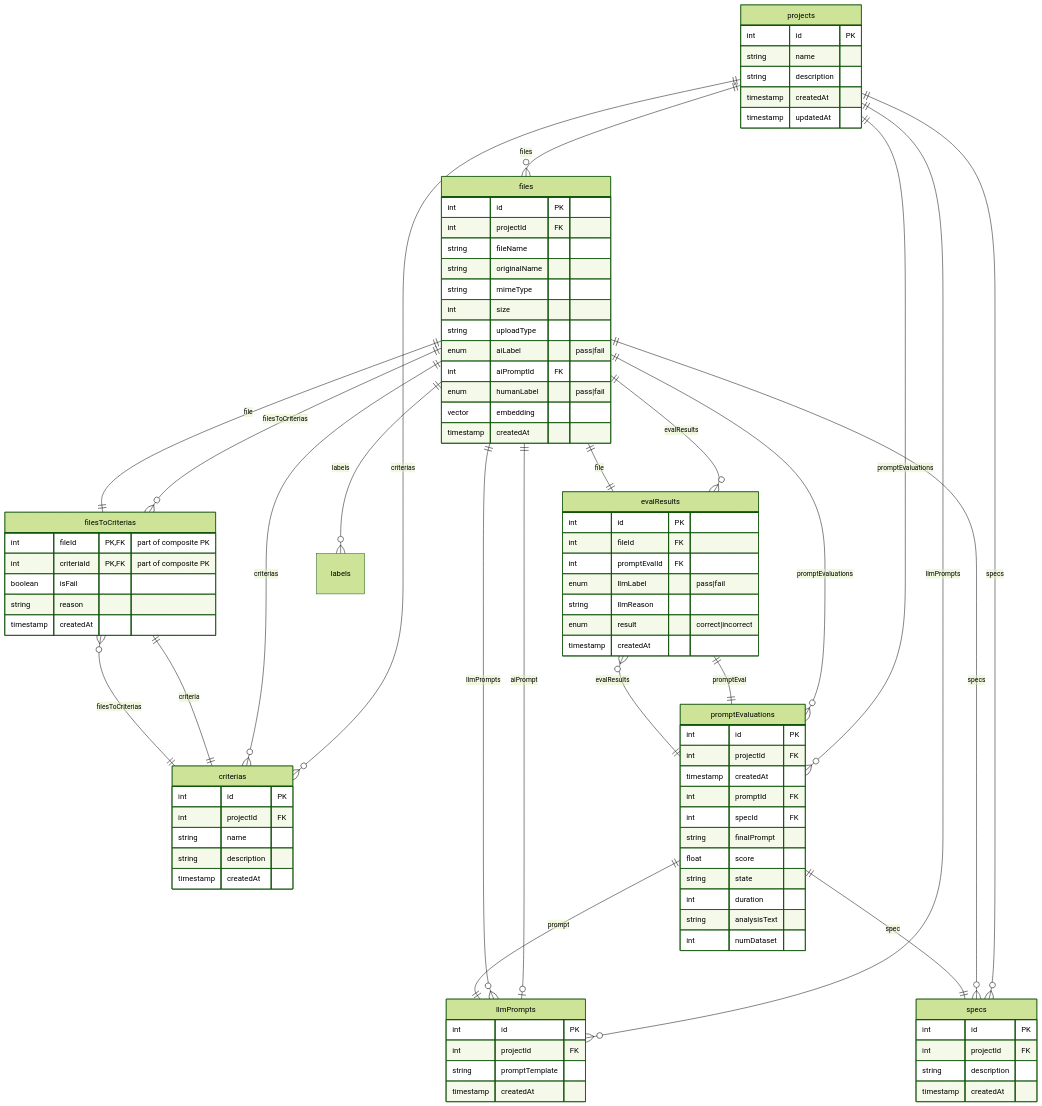
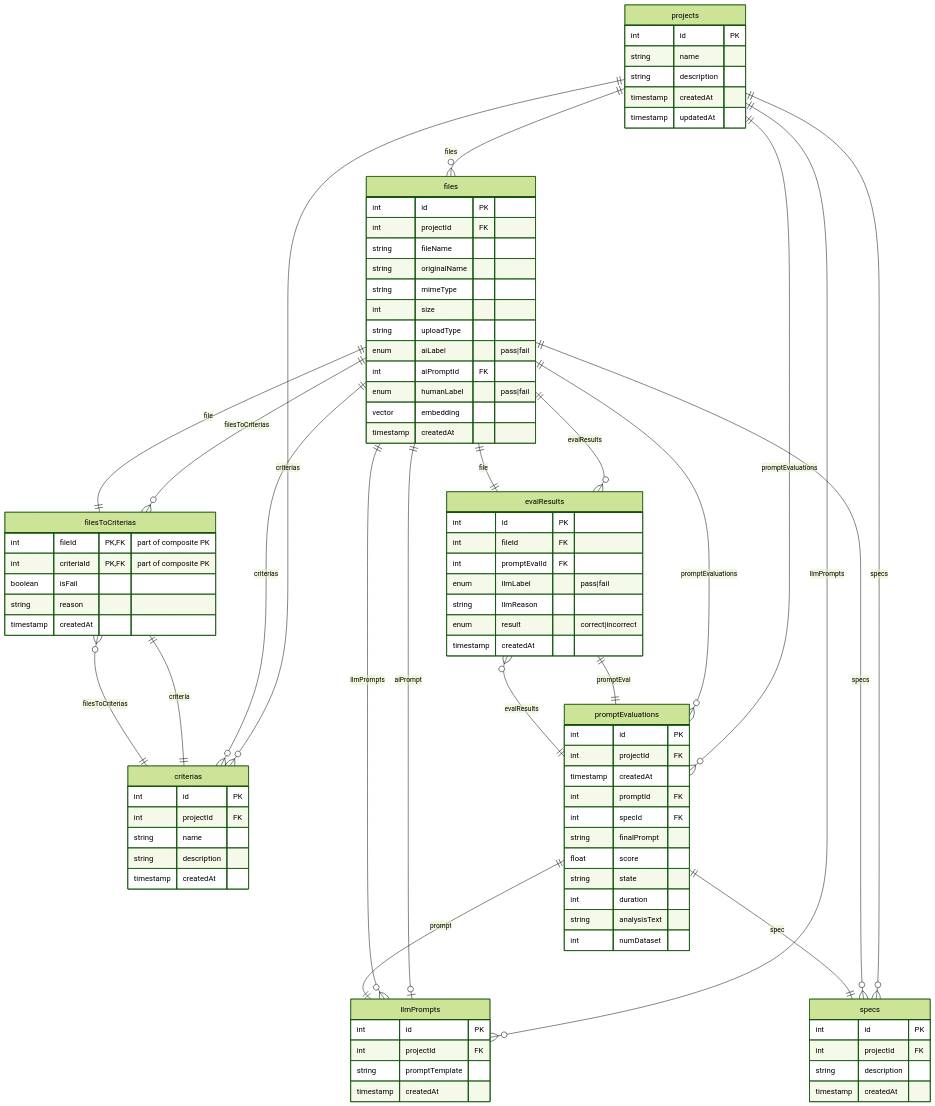
One commit to msrks/llmbox changed the diagram in README.md. Above: the diagram before and after it, drawn with Mermaid (forest theme).

Commit message:
Remove labels relationship from files ER diagram
- Clean up ER diagram by removing unnecessary labels relationship
- Simplify database schema representation in README

```diff
--- a/README.md
+++ b/README.md
@@ -117,7 +117,6 @@
     files ||--o| llmPrompts : "aiPrompt"
     files ||--o{ filesToCriterias : "filesToCriterias"
     files ||--o{ evalResults : "evalResults"
-    files ||--o{ labels : "labels"
     files ||--o{ criterias : "criterias"
     files ||--o{ llmPrompts : "llmPrompts"
     files ||--o{ specs : "specs"
```
